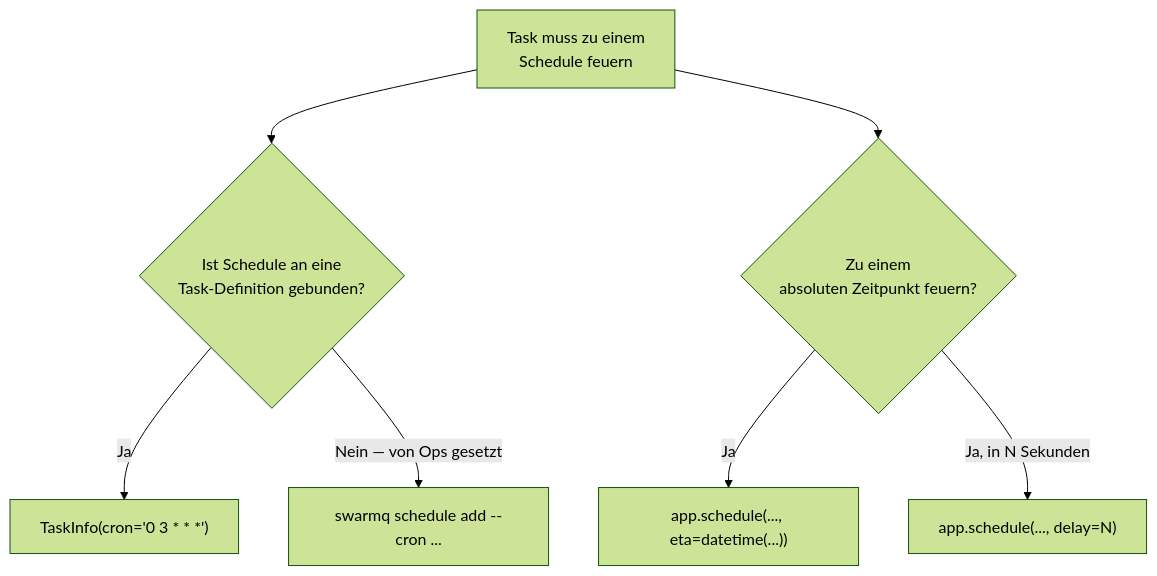
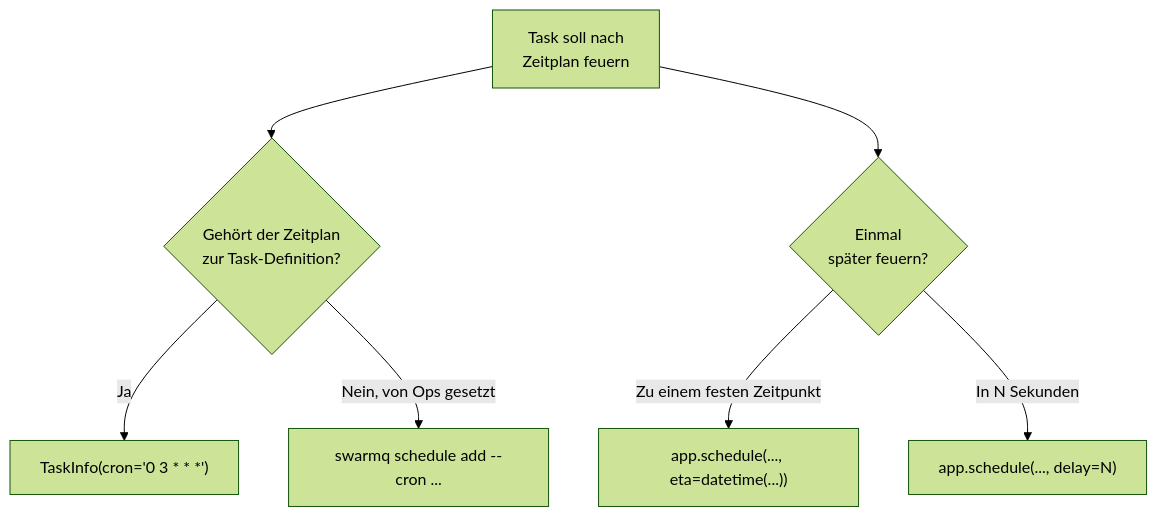
The eighth of 9 diagrams in website/reference/agent/decision-trees.de.md (Schorschofwill/swarmq), drawn with Mermaid (forest theme) before and after one commit. The commit also changed other lines of this file and 84 other files, not shown here.

````diff
--- a/website/reference/agent/decision-trees.de.md
+++ b/website/reference/agent/decision-trees.de.md
@@ -175,9 +208,9 @@
 ```mermaid
 flowchart TD
-    A[Task muss zu einem<br/>Schedule feuern] --> B{Ist Schedule an eine<br/>Task-Definition gebunden?}
+    A[Task soll nach<br/>Zeitplan feuern] --> B{Gehört der Zeitplan<br/>zur Task-Definition?}
     B -->|Ja| C["TaskInfo(cron='0 3 * * *')"]
-    B -->|Nein — von Ops gesetzt| D["swarmq schedule add --cron ..."]
-    A --> E{Zu einem<br/>absoluten Zeitpunkt feuern?}
-    E -->|Ja| F["app.schedule(..., eta=datetime(...))"]
-    E -->|Ja, in N Sekunden| G["app.schedule(..., delay=N)"]
+    B -->|Nein, von Ops gesetzt| D["swarmq schedule add --cron ..."]
+    A --> E{Einmal<br/>später feuern?}
+    E -->|Zu einem festen Zeitpunkt| F["app.schedule(..., eta=datetime(...))"]
+    E -->|In N Sekunden| G["app.schedule(..., delay=N)"]
 ```
````
